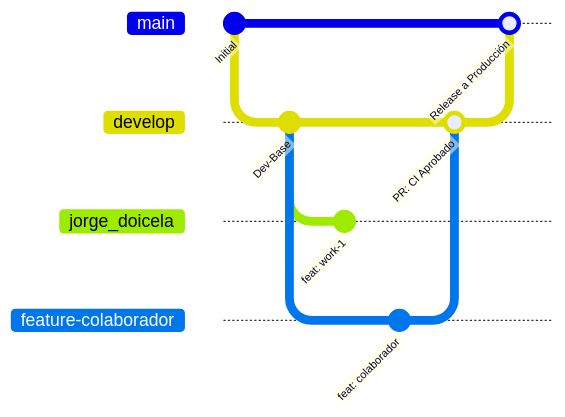
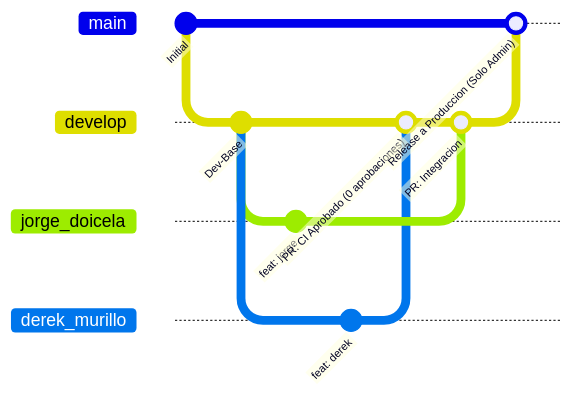
Before and after one commit to JorgeDoicela/erp_pymes: the first of 4 diagrams in docs/07-despliegue-y-operaciones/06-estandar-git-flujo-ramas-y-calidad.md, drawn with Mermaid. The commit also changed other lines of this file and 18 other files, not shown here.

````diff
--- a/docs/07-despliegue-y-operaciones/06-estandar-git-flujo-ramas-y-calidad.md
+++ b/docs/07-despliegue-y-operaciones/06-estandar-git-flujo-ramas-y-calidad.md
@@ -11,18 +11,19 @@
 ```mermaid
 gitGraph
    commit id: "Initial"
    branch develop
    checkout develop
    commit id: "Dev-Base"
    branch jorge_doicela
    checkout jorge_doicela
-   commit id: "feat: work-1"
+   commit id: "feat: jorge"
    checkout develop
-   branch feature-colaborador
-   checkout feature-colaborador
-   commit id: "feat: colaborador"
+   branch derek_murillo
+   checkout derek_murillo
+   commit id: "feat: derek"
    checkout develop
-   merge feature-colaborador id: "PR: CI Aprobado"
+   merge derek_murillo id: "PR: CI Aprobado (0 aprobaciones)"
+   merge jorge_doicela id: "PR: Integracion"
    checkout main
-   merge develop id: "Release a Producción"
+   merge develop id: "Release a Produccion (Solo Admin)"
 ```
````
